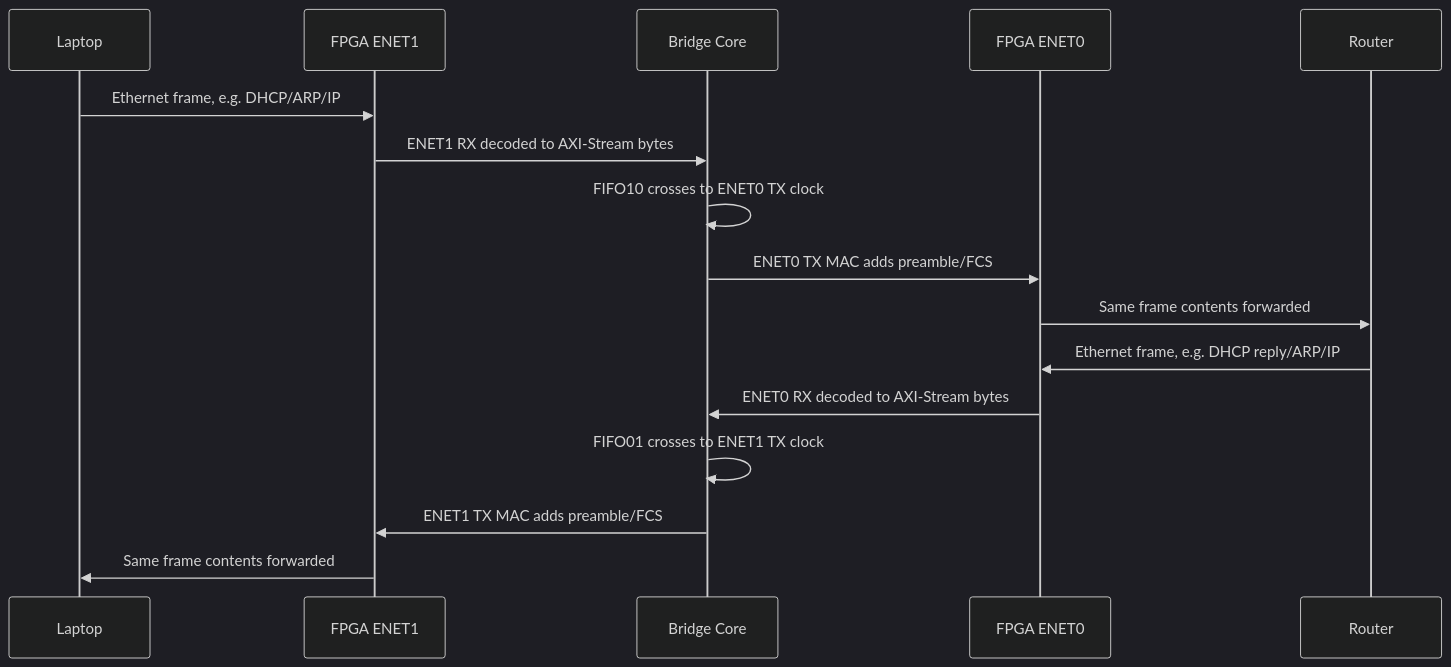
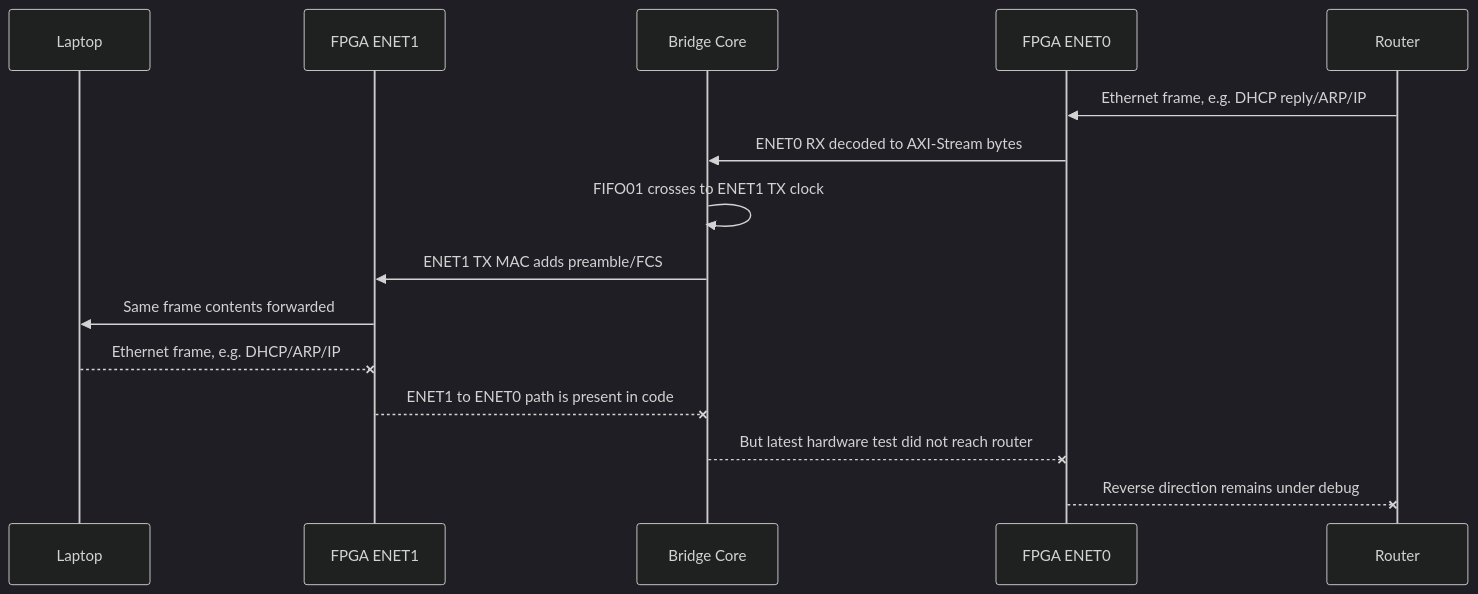
One commit to TheMohammadKhalil/fpga-based-network-firewall changed the fifth of 6 diagrams in docs/code_flowchart.md. Above: the diagram before and after it, drawn with Mermaid (dark theme). The commit also changed other lines of this file, not shown here.

Commit message:
flowchart edits

````diff
--- a/docs/code_flowchart.md
+++ b/docs/code_flowchart.md
@@ -113,20 +141,19 @@
 ```mermaid
 sequenceDiagram
     participant Laptop
     participant ENET1 as FPGA ENET1
     participant Core as Bridge Core
     participant ENET0 as FPGA ENET0
     participant Router
 
-    Laptop->>ENET1: Ethernet frame, e.g. DHCP/ARP/IP
-    ENET1->>Core: ENET1 RX decoded to AXI-Stream bytes
-    Core->>Core: FIFO10 crosses to ENET0 TX clock
-    Core->>ENET0: ENET0 TX MAC adds preamble/FCS
-    ENET0->>Router: Same frame contents forwarded
-
     Router->>ENET0: Ethernet frame, e.g. DHCP reply/ARP/IP
     ENET0->>Core: ENET0 RX decoded to AXI-Stream bytes
     Core->>Core: FIFO01 crosses to ENET1 TX clock
     Core->>ENET1: ENET1 TX MAC adds preamble/FCS
     ENET1->>Laptop: Same frame contents forwarded
+
+    Laptop--xENET1: Ethernet frame, e.g. DHCP/ARP/IP
+    ENET1--xCore: ENET1 to ENET0 path is present in code
+    Core--xENET0: But latest hardware test did not reach router
+    ENET0--xRouter: Reverse direction remains under debug
 ```
````
